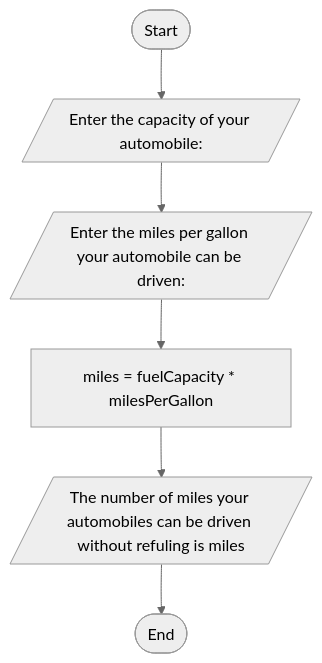
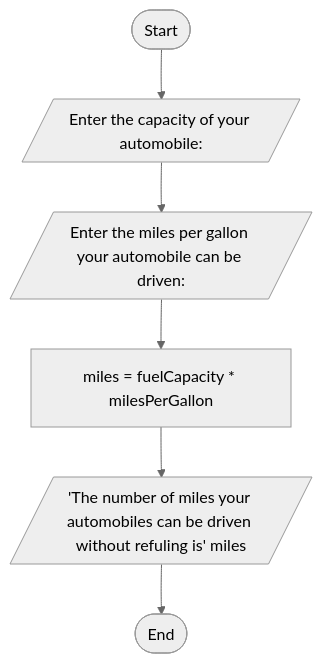
One commit to SWEG-2015EC-Batch/Felix changed the diagram in ETS1049_15_Natnael_Yonas/mile_calculator.md. Above: the diagram before and after it, drawn with Mermaid (neutral theme).

````diff
--- a/ETS1049_15_Natnael_Yonas/mile_calculator.md
+++ b/ETS1049_15_Natnael_Yonas/mile_calculator.md
@@ -15,8 +15,8 @@
 ```mermaid
 graph TD;
 A([Start]) --> B[/Enter the capacity of your automobile:/];
 B --> C[/Enter the miles per gallon your automobile can be driven:/];
 C --> D[miles = fuelCapacity * milesPerGallon];
-D --> E[/The number of miles your automobiles can be driven without refuling is miles/];
+D --> E[/'The number of miles your automobiles can be driven without refuling is' miles/];
 E --> F([End]);
 ```
````
